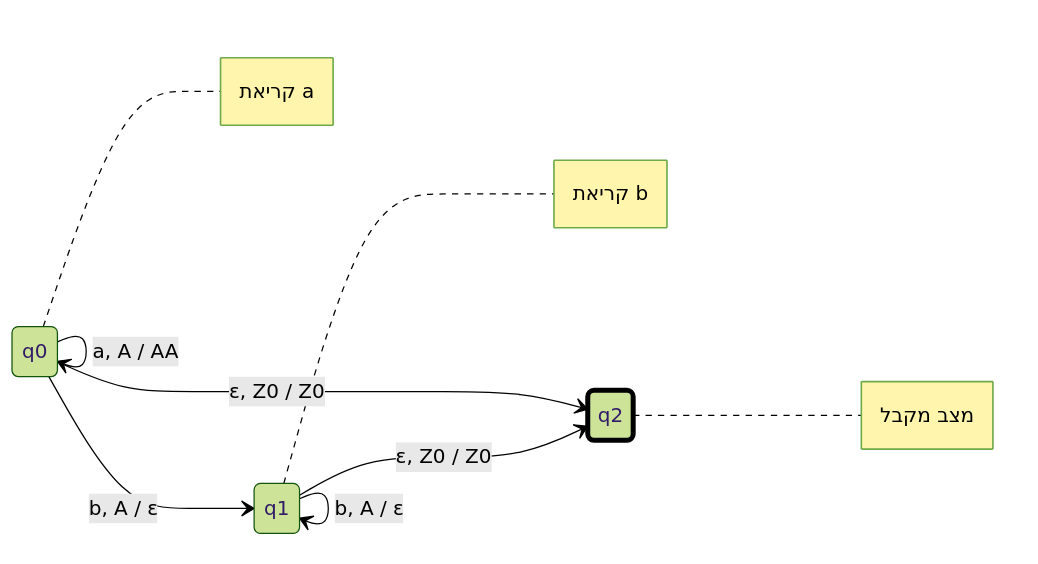
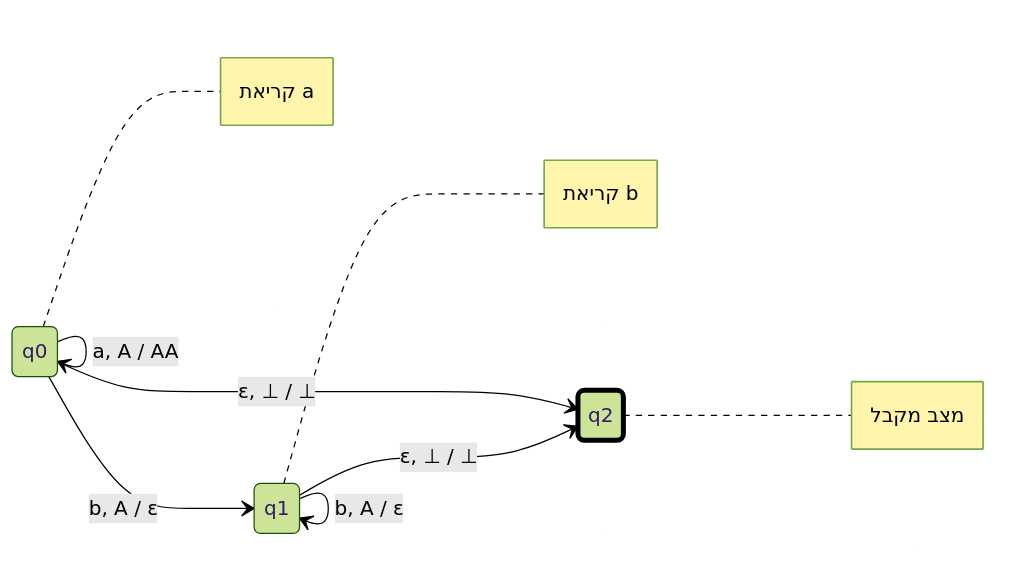
Before and after one commit to 3strategy/BeautifulMivney: the first of 6 diagrams in modelim/disambiguation2.md, drawn with Mermaid (forest theme). The commit also changed other lines of this file and 5 other files, not shown here.

Commit message:
updated disambiguation2 and matala5. updated styles to fix mermaid rendering issues.

````diff
--- a/modelim/disambiguation2.md
+++ b/modelim/disambiguation2.md
@@ -36,18 +36,18 @@
 ```mermaid
 stateDiagram-v2
     direction LR
 
-    q0 --> q0 : a, Z0 / A Z0
+    q0 --> q0 : a, ⊥ / A ⊥
     q0 --> q0 : a, A / AA
     q0 --> q1 : b, A / ε
     q1 --> q1 : b, A / ε
-    q0 --> q2 : ε, Z0 / Z0
-    q1 --> q2 : ε, Z0 / Z0
+    q0 --> q2 : ε, ⊥ / ⊥
+    q1 --> q2 : ε, ⊥ / ⊥
 
     note right of q0 : קריאת a
     note right of q1 : קריאת b
     note right of q2 : מצב מקבל
 
     class q2 accepting
     classDef accepting stroke:#000,stroke-width:4px
 ```
````
